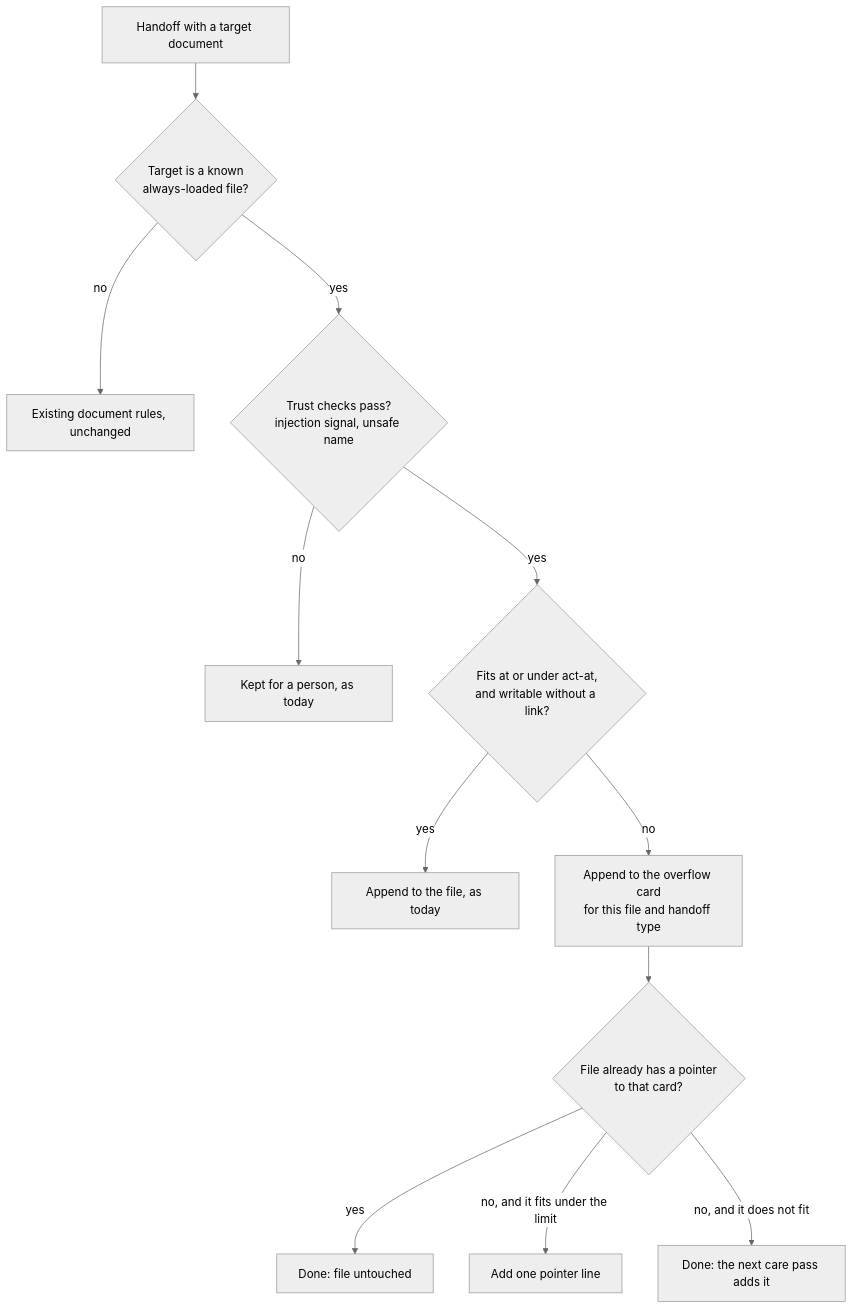
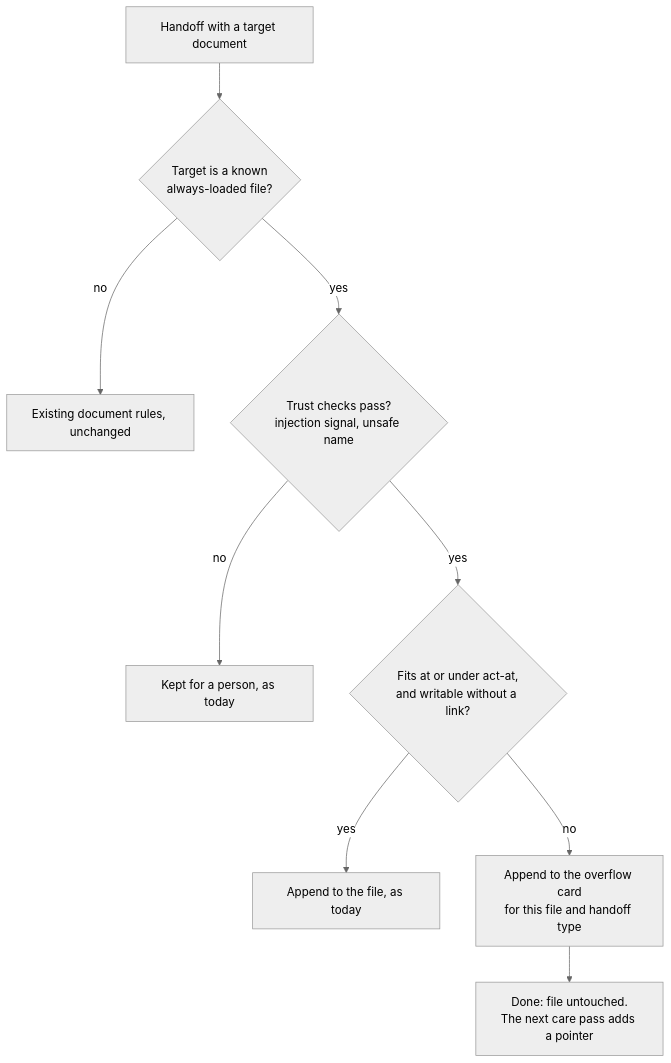
The second of 3 diagrams in docs/superpowers/specs/2026-11-13-instruction-budget-care-design.md (escoffier-labs/brigade), drawn with Mermaid (neutral theme) before and after one commit. The commit also changed other lines of this file, not shown here.

First line of the commit message:
docs(design): revise instruction budget care after review

````diff
--- a/docs/superpowers/specs/2026-11-13-instruction-budget-care-design.md
+++ b/docs/superpowers/specs/2026-11-13-instruction-budget-care-design.md
@@ -453,14 +721,11 @@
 ```mermaid
 flowchart TD
   H["Handoff with a target document"] --> I{"Target is a known<br/>always-loaded file?"}
   I -->|"no"| O["Existing document rules, unchanged"]
   I -->|"yes"| T{"Trust checks pass?<br/>injection signal, unsafe name"}
   T -->|"no"| P["Kept for a person, as today"]
   T -->|"yes"| S{"Fits at or under act-at,<br/>and writable without a link?"}
   S -->|"yes"| A["Append to the file, as today"]
   S -->|"no"| C["Append to the overflow card<br/>for this file and handoff type"]
-  C --> Q{"File already has a pointer<br/>to that card?"}
-  Q -->|"yes"| D["Done: file untouched"]
-  Q -->|"no, and it fits under the limit"| E["Add one pointer line"]
-  Q -->|"no, and it does not fit"| F["Done: the next care pass adds it"]
+  C --> D["Done: file untouched.<br/>The next care pass adds a pointer"]
 ```
````
